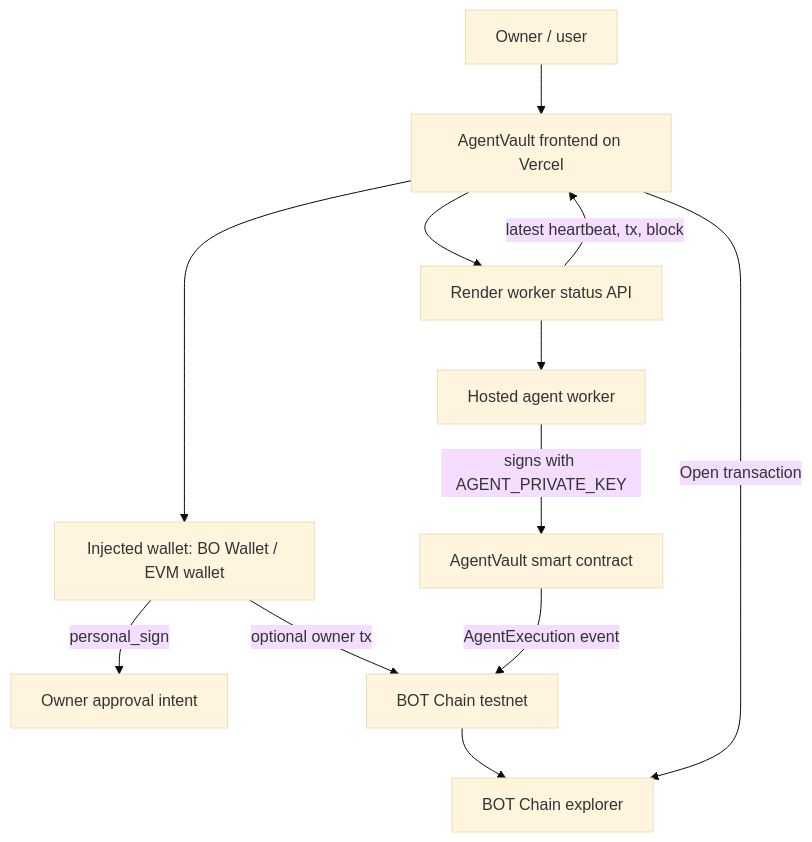
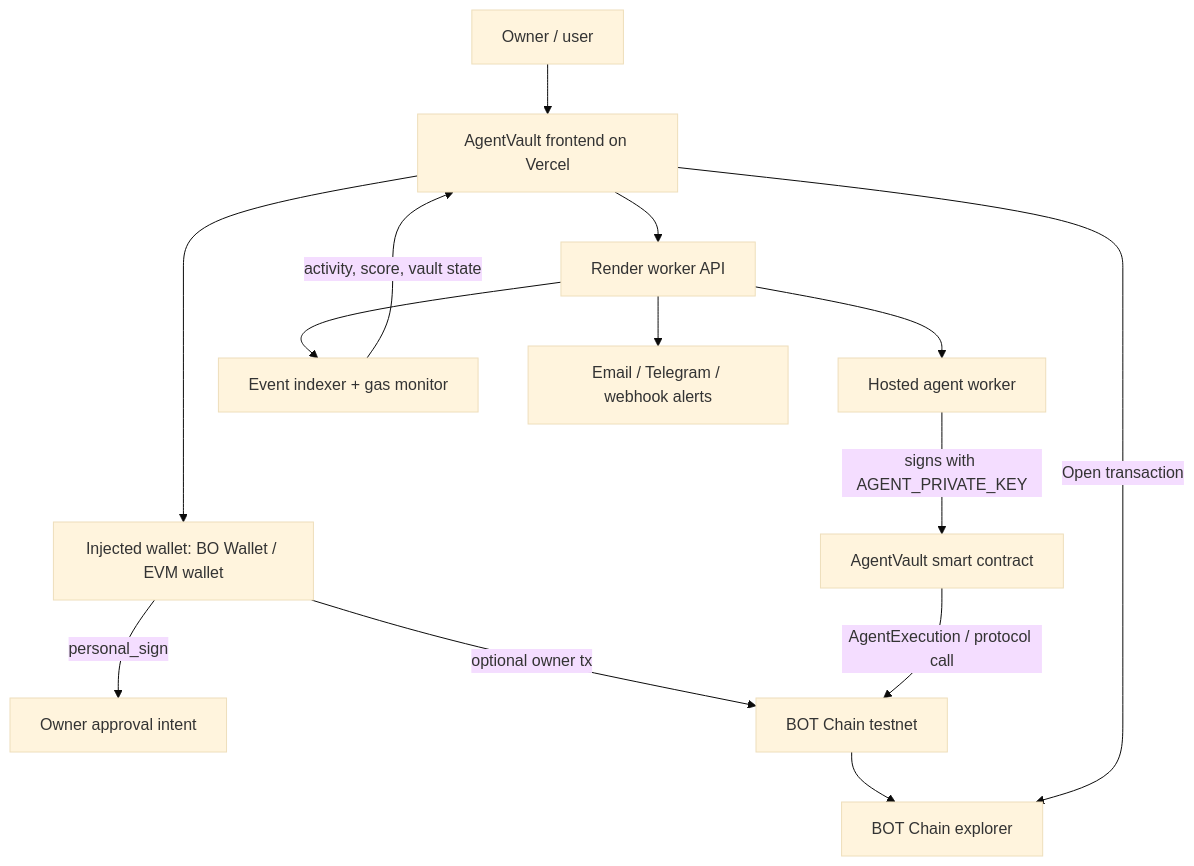
One commit to 0xNexuz/agent-vault changed the diagram in README.md. Above: the diagram before and after it, drawn with Mermaid (base theme). The commit also changed other lines of this file and 11 other files, not shown here.

````diff
--- a/README.md
+++ b/README.md
@@ -35,14 +42,16 @@
 ```mermaid
 flowchart TD
   U["Owner / user"] --> FE["AgentVault frontend on Vercel"]
   FE --> W["Injected wallet: BO Wallet / EVM wallet"]
-  FE --> R["Render worker status API"]
+  FE --> R["Render worker API"]
   W -->|personal_sign| A["Owner approval intent"]
   W -->|optional owner tx| C["BOT Chain testnet"]
   R --> AG["Hosted agent worker"]
   AG -->|signs with AGENT_PRIVATE_KEY| V["AgentVault smart contract"]
-  V -->|AgentExecution event| C
+  V -->|AgentExecution / protocol call| C
   C --> E["BOT Chain explorer"]
-  R -->|latest heartbeat, tx, block| FE
+  R --> IX["Event indexer + gas monitor"]
+  IX -->|activity, score, vault state| FE
+  R --> N["Email / Telegram / webhook alerts"]
   FE -->|Open transaction| E
 ```
````
